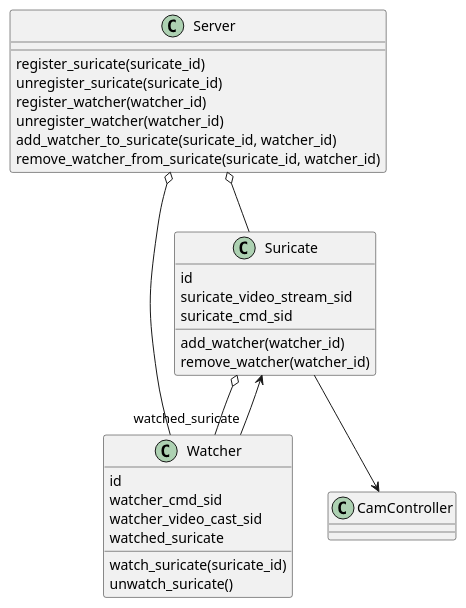
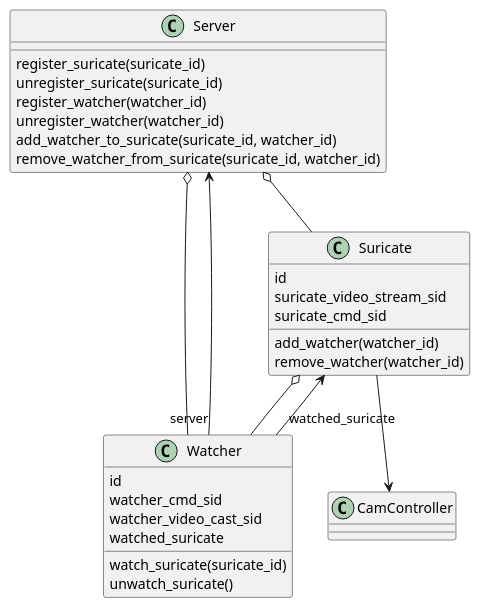
The diagram in doc/class.puml (dkleinbe/suricatewatcher_server), drawn with PlantUML before and after one commit. The commit also changed 5 other files, not shown here.

```diff
--- a/doc/class.puml
+++ b/doc/class.puml
@@ -1,42 +1,43 @@
 @startuml classdiag
 
 class Server {
 
   register_suricate(suricate_id)
   unregister_suricate(suricate_id)
   register_watcher(watcher_id)
   unregister_watcher(watcher_id)
   add_watcher_to_suricate(suricate_id, watcher_id)
   remove_watcher_from_suricate(suricate_id, watcher_id)
 }
 
 class Suricate {
 
   id
   suricate_video_stream_sid
   suricate_cmd_sid
   
   add_watcher(watcher_id)
   remove_watcher(watcher_id)
 
 }
 
 class Watcher {
 
   id
   watcher_cmd_sid
   watcher_video_cast_sid
   watched_suricate
 
   watch_suricate(suricate_id)
   unwatch_suricate()
 
 }
 
 Server o-- Suricate
 Server o-- Watcher
 Watcher "watched_suricate" --> Suricate
+Watcher "server" --> Server
 Suricate o-- Watcher
 Suricate --> CamController
 
 @enduml
```
